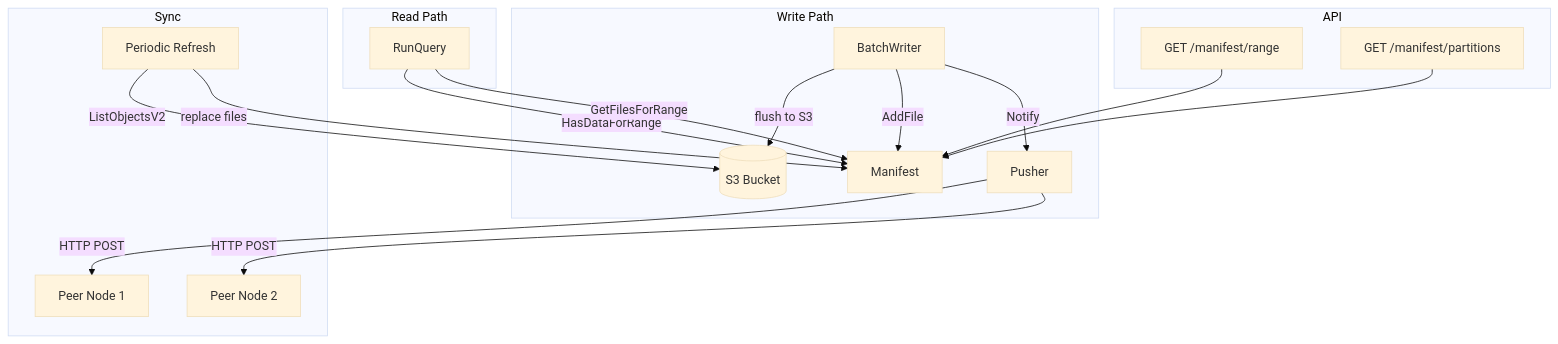
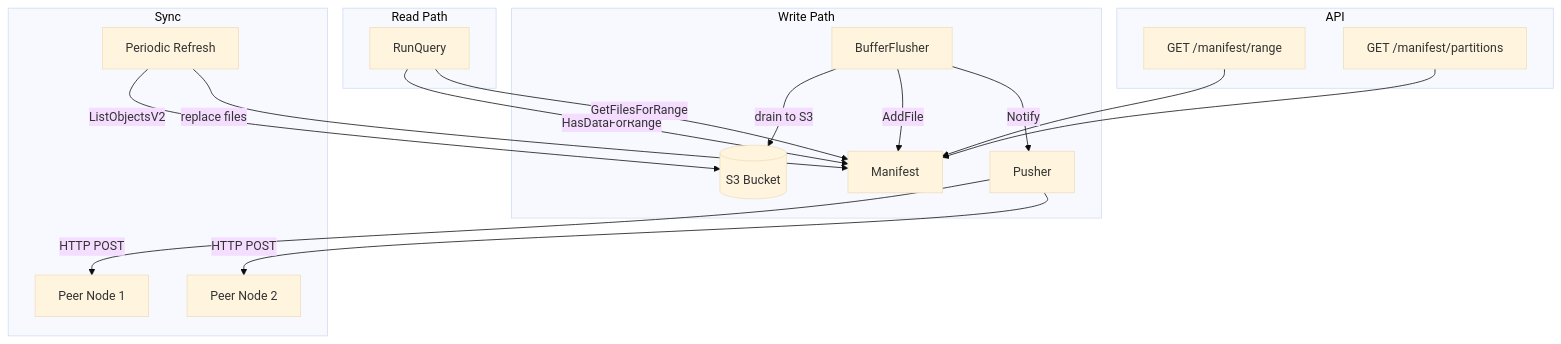
Before and after one commit to ReliablyObserve/victoria-lakehouse: the first of 7 diagrams in docs/manifest-system.md, drawn with Mermaid (base theme). The commit also changed other lines of this file and 34 other files, not shown here.

````diff
--- a/docs/manifest-system.md
+++ b/docs/manifest-system.md
@@ -12,25 +12,25 @@
 ```mermaid
 graph TD
     subgraph Write Path
-        BW[BatchWriter] -->|flush to S3| S3[(S3 Bucket)]
+        BW[BufferFlusher] -->|drain to S3| S3[(S3 Bucket)]
         BW -->|AddFile| M[Manifest]
         BW -->|Notify| PUSH[Pusher]
     end
 
     subgraph Read Path
         RQ[RunQuery] -->|HasDataForRange| M
         RQ -->|GetFilesForRange| M
     end
 
     subgraph Sync
         PUSH -->|HTTP POST| PEER1[Peer Node 1]
         PUSH -->|HTTP POST| PEER2[Peer Node 2]
         REFRESH[Periodic Refresh] -->|ListObjectsV2| S3
         REFRESH -->|replace files| M
     end
 
     subgraph API
         MR[GET /manifest/range] --> M
         MP[GET /manifest/partitions] --> M
     end
 ```
````
